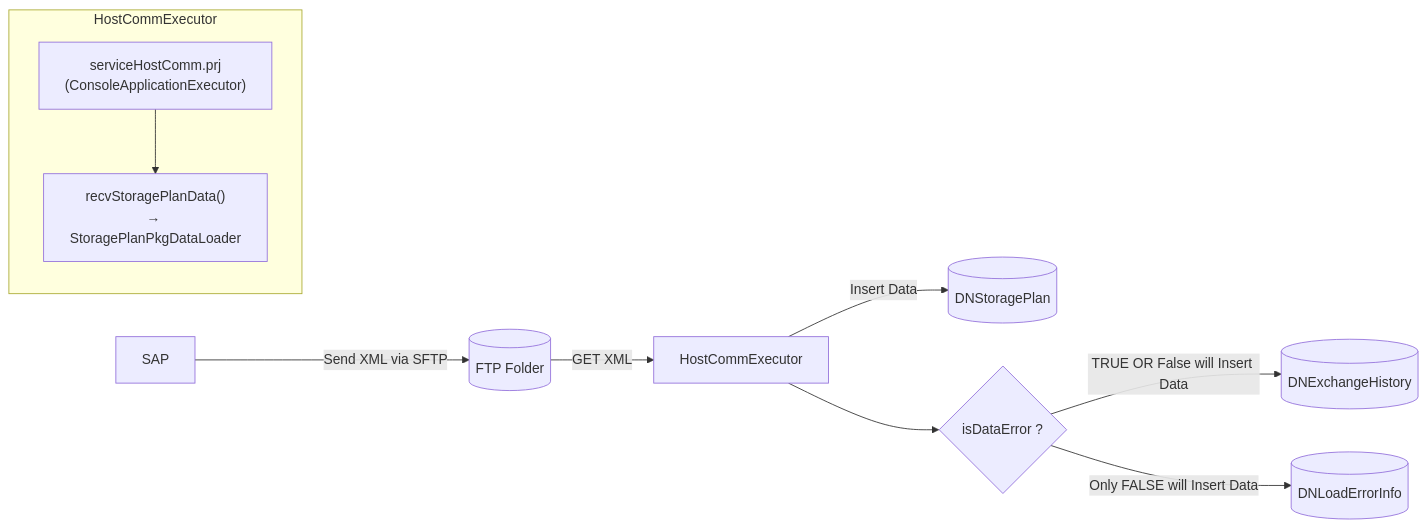
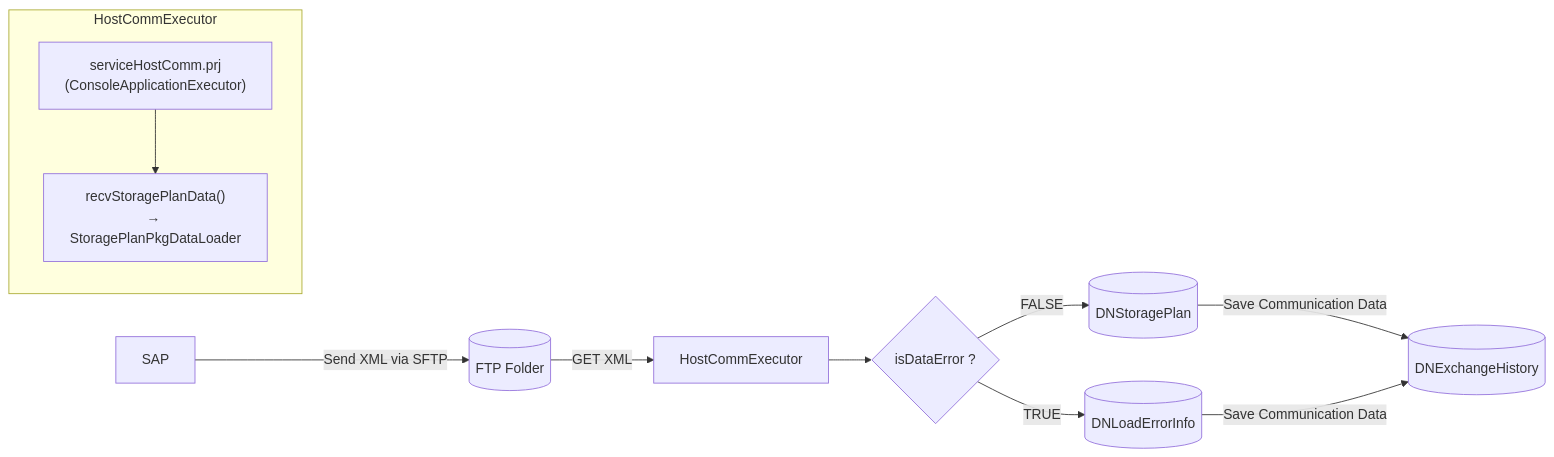
The diagram in Basic-Design/Host-Interfaces/Receive-Method/Planned-Storage-PKG.md (luthfiadityaa/SimeDarby-Wiki), drawn with Mermaid before and after one commit. The commit also changed other lines of this file and 1 other file, not shown here.

Commit message:
DNStoragePlan

```diff
--- a/Basic-Design/Host-Interfaces/Receive-Method/Planned-Storage-PKG.md
+++ b/Basic-Design/Host-Interfaces/Receive-Method/Planned-Storage-PKG.md
@@ -11,15 +13,16 @@
 ::: mermaid
 flowchart LR
     A[SAP] -->|Send XML via SFTP| B[(FTP Folder)]
     B -->|GET XML| C[HostCommExecutor]
-    C -->|Insert Data| E[(DNStoragePlan)]
-    C --> Cond1{"isDataError ?"} 
-    Cond1 --> |TRUE OR False will Insert Data| F[(DNExchangeHistory)]
-    Cond1 --> |Only FALSE will Insert Data| G[(DNLoadErrorInfo)]
+    C --> Cond1{"isDataError ?"}
+    Cond1 --> |FALSE| E[(DNStoragePlan)]
+    Cond1 --> |TRUE| G[(DNLoadErrorInfo)]
+    E --> |Save Communication Data|F[(DNExchangeHistory)]
+    G --> |Save Communication Data|F[(DNExchangeHistory)]
 
     subgraph HostCommExecutor
         C1["serviceHostComm.prj<br>(ConsoleApplicationExecutor)"]
         C2["recvStoragePlanData()<br>→ StoragePlanPkgDataLoader"]
         C1 --> C2
     end
 :::
```
